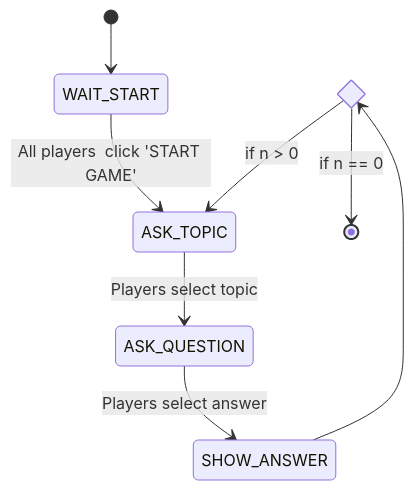
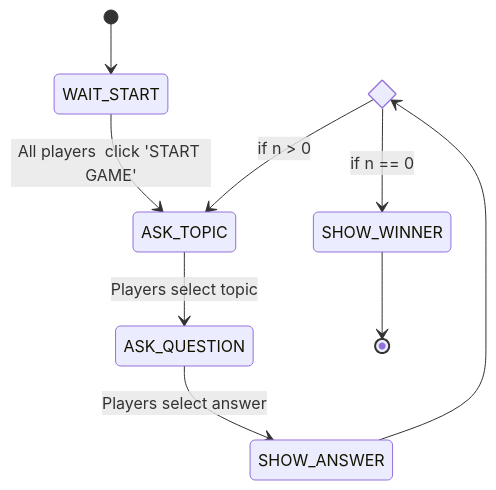
Before and after one commit to edermengi/vikto: the first of 3 diagrams in readme.md, drawn with Mermaid.

Commit message:
Add state diagram

````diff
--- a/readme.md
+++ b/readme.md
@@ -3,12 +3,13 @@
 ```mermaid
 stateDiagram-v2
     state if_state <<choice>>
     [*] --> WAIT_START
     WAIT_START --> ASK_TOPIC: All players  click 'START GAME'
     ASK_TOPIC --> ASK_QUESTION: Players select topic
     ASK_QUESTION --> SHOW_ANSWER: Players select answer
     SHOW_ANSWER --> if_state
-    if_state --> [*]: if n == 0
+    if_state --> SHOW_WINNER: if n == 0
     if_state --> ASK_TOPIC : if n > 0
+    SHOW_WINNER --> [*]
     
 ```
````
